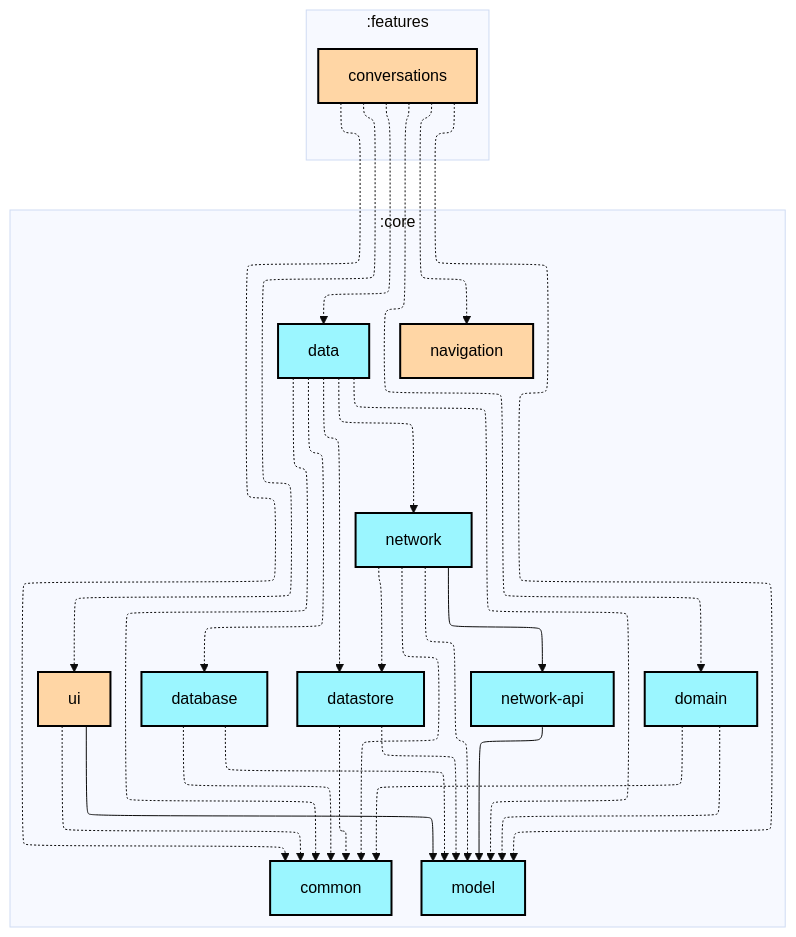
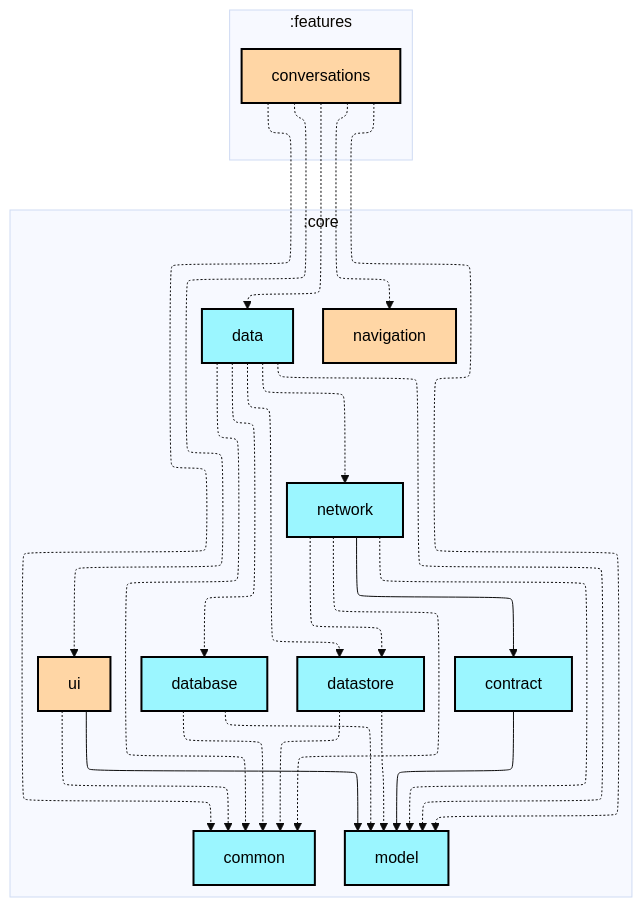
One commit to woods-marshes/chat-multiplatform changed the first of 2 diagrams in features/conversations/README.md. Above: the diagram before and after it, drawn with Mermaid (base theme). The commit also changed 58 other files, not shown here.

Commit message:
build: rename core:network-api module to core:contract

````diff
--- a/features/conversations/README.md
+++ b/features/conversations/README.md
@@ -6,58 +6,54 @@
 ```mermaid
 ---
 config:
   layout: elk
   elk:
     nodePlacementStrategy: SIMPLE
 ---
 graph TB
   subgraph :features
     direction TB
     :features:conversations[conversations]:::compose-multiplatform
   end
   subgraph :core
     direction TB
     :core:common[common]:::kotlin-multiplatform
+    :core:contract[contract]:::kotlin-multiplatform
     :core:data[data]:::kotlin-multiplatform
     :core:database[database]:::kotlin-multiplatform
     :core:datastore[datastore]:::kotlin-multiplatform
-    :core:domain[domain]:::kotlin-multiplatform
     :core:model[model]:::kotlin-multiplatform
     :core:navigation[navigation]:::compose-multiplatform
     :core:network[network]:::kotlin-multiplatform
-    :core:network-api[network-api]:::kotlin-multiplatform
     :core:ui[ui]:::compose-multiplatform
   end
 
+  :core:contract --> :core:model
   :core:data -.-> :core:common
   :core:data -.-> :core:database
   :core:data -.-> :core:datastore
   :core:data -.-> :core:model
   :core:data -.-> :core:network
   :core:database -.-> :core:common
   :core:database -.-> :core:model
   :core:datastore -.-> :core:common
   :core:datastore -.-> :core:model
-  :core:domain -.-> :core:common
-  :core:domain -.-> :core:model
   :core:network -.-> :core:common
+  :core:network --> :core:contract
   :core:network -.-> :core:datastore
   :core:network -.-> :core:model
-  :core:network --> :core:network-api
-  :core:network-api --> :core:model
   :core:ui -.-> :core:common
   :core:ui --> :core:model
   :features:conversations -.-> :core:common
   :features:conversations -.-> :core:data
-  :features:conversations -.-> :core:domain
   :features:conversations -.-> :core:model
   :features:conversations -.-> :core:navigation
   :features:conversations -.-> :core:ui
 
 classDef android-application fill:#CAFFBF,stroke:#000,stroke-width:2px,color:#000;
 classDef desktop-application fill:#BDB2FF,stroke:#000,stroke-width:2px,color:#000;
 classDef compose-multiplatform fill:#FFD6A5,stroke:#000,stroke-width:2px,color:#000;
 classDef ktor-server fill:#FDFFB6,stroke:#000,stroke-width:2px,color:#000;
 classDef kotlin-multiplatform fill:#9BF6FF,stroke:#000,stroke-width:2px,color:#000;
 classDef unknown fill:#FFADAD,stroke:#000,stroke-width:2px,color:#000;
 ```
````
